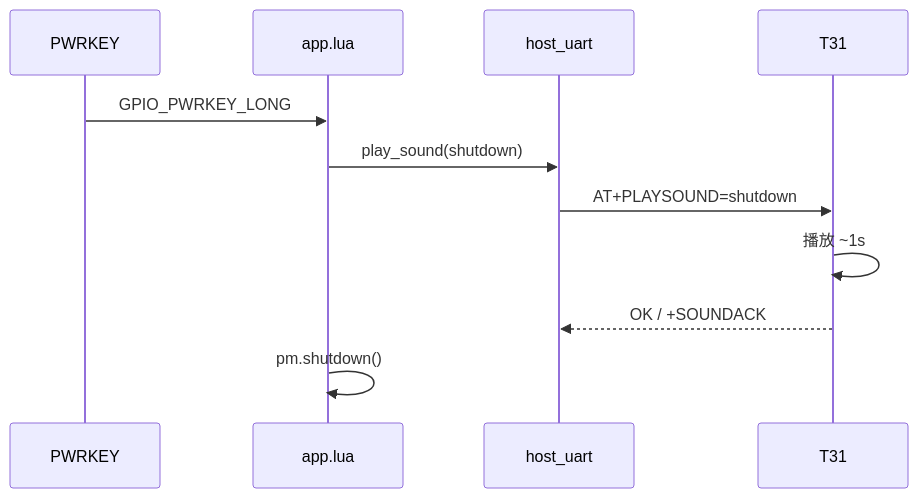
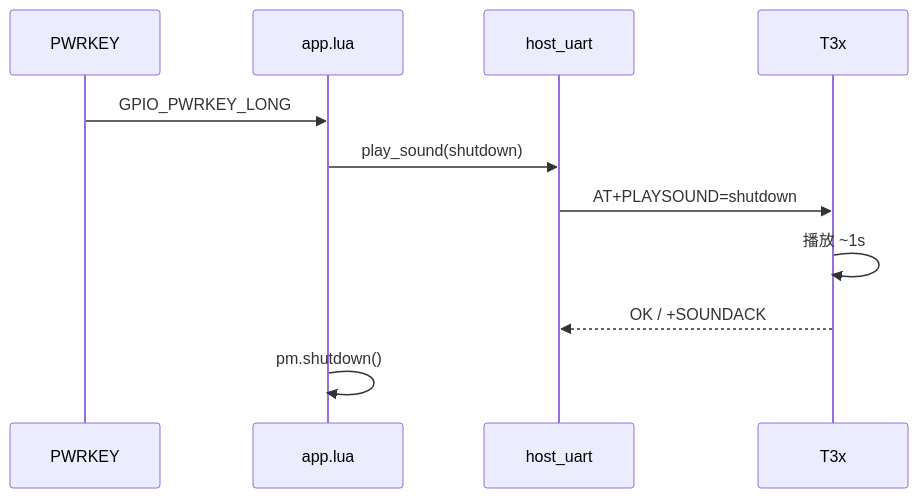
One commit to dzr1986/AIR780EHM changed the third of 5 diagrams in doc/BOOT_SHUTDOWN_SOUND.md. Above: the diagram before and after it, drawn with Mermaid. The commit also changed other lines of this file and 107 other files, not shown here.

````diff
--- a/doc/BOOT_SHUTDOWN_SOUND.md
+++ b/doc/BOOT_SHUTDOWN_SOUND.md
@@ -229,14 +233,14 @@
 ```mermaid
 sequenceDiagram
     participant K as PWRKEY
     participant A as app.lua
     participant H as host_uart
-    participant T as T31
+    participant T as T3x
 
     K->>A: GPIO_PWRKEY_LONG
     A->>H: play_sound(shutdown)
     H->>T: AT+PLAYSOUND=shutdown
     T->>T: 播放 ~1s
     T-->>H: OK / +SOUNDACK
     A->>A: pm.shutdown()
 ```
````
